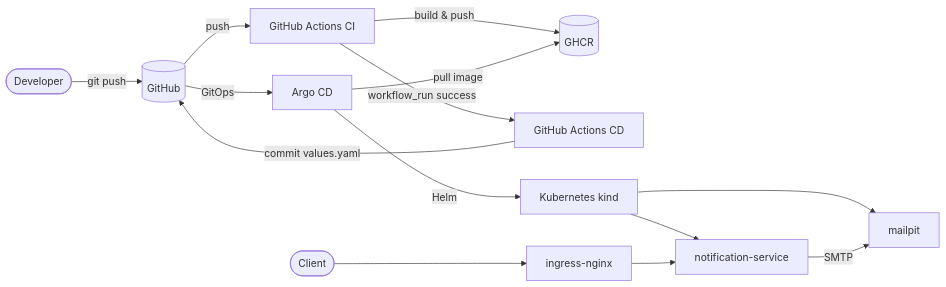
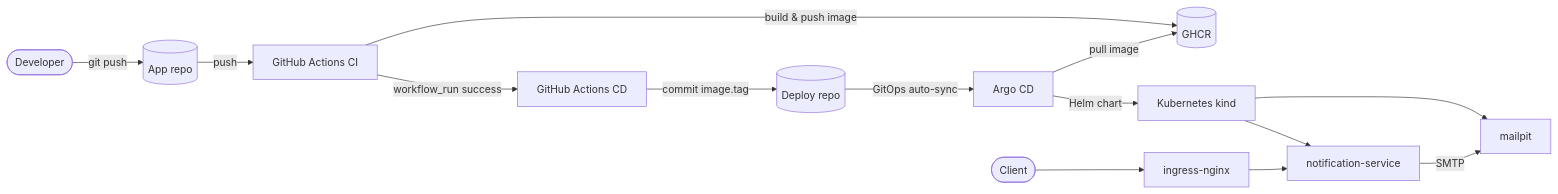
One commit to penicili/notification-service changed the diagram in README.md. Above: the diagram before and after it, drawn with Mermaid. The commit also changed other lines of this file and 2 other files, not shown here.

````diff
--- a/README.md
+++ b/README.md
@@ -9,16 +15,16 @@
 ```mermaid
 flowchart LR
-    Dev([Developer]) -->|git push| Repo[(GitHub)]
-    Repo -->|push| CI[GitHub Actions CI]
-    CI -->|build & push| GHCR[(GHCR)]
+    Dev([Developer]) -->|git push| AppRepo[(App repo)]
+    AppRepo -->|push| CI[GitHub Actions CI]
+    CI -->|build & push image| GHCR[(GHCR)]
     CI -->|workflow_run success| CD[GitHub Actions CD]
-    CD -->|commit values.yaml| Repo
-    Repo -->|GitOps| Argo[Argo CD]
+    CD -->|commit image.tag| DeployRepo[(Deploy repo)]
+    DeployRepo -->|GitOps auto-sync| Argo[Argo CD]
     Argo -->|pull image| GHCR
-    Argo -->|Helm| K8s[Kubernetes kind]
+    Argo -->|Helm chart| K8s[Kubernetes kind]
     K8s --> App[notification-service]
     K8s --> Mailpit[mailpit]
     User([Client]) --> Ingress[ingress-nginx]
     Ingress --> App
     App -->|SMTP| Mailpit
 ```
````
